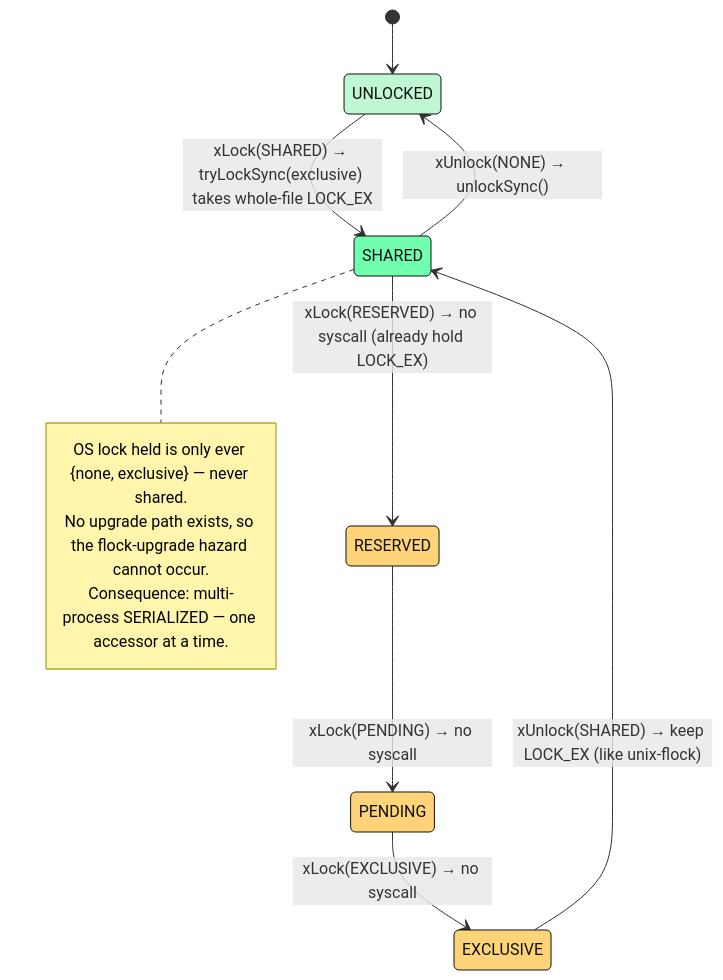
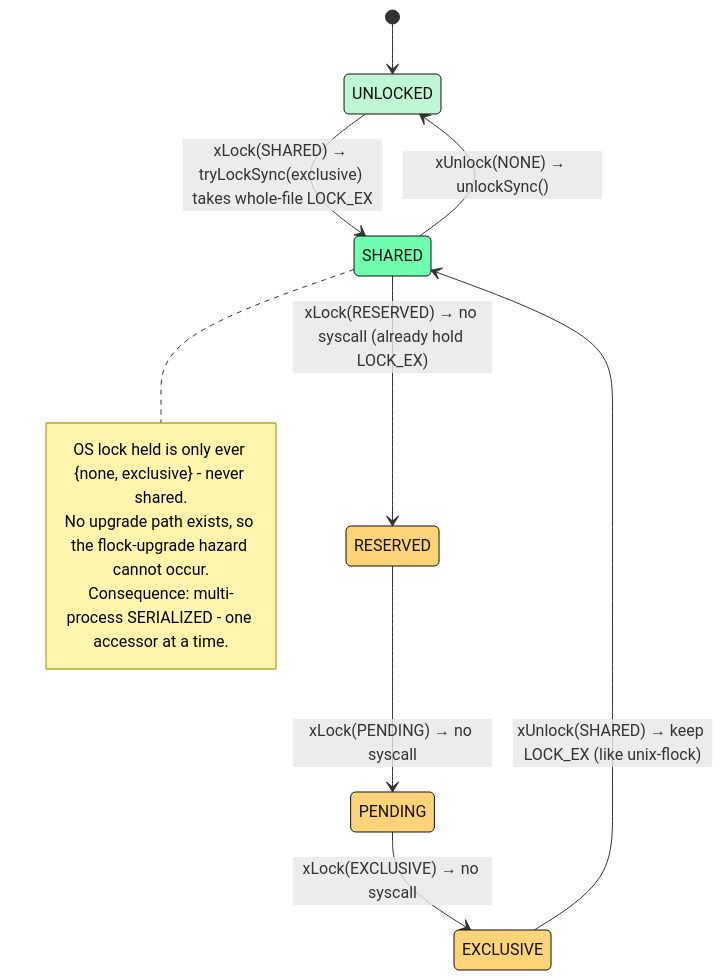
One commit to ul0gic/sqlite-deno changed the second of 3 diagrams in README.md. Above: the diagram before and after it, drawn with Mermaid. The commit also changed other lines of this file, not shown here.

Commit message:
Tidy README architecture diagram alignment

````diff
--- a/README.md
+++ b/README.md
@@ -199,22 +200,22 @@
 ```mermaid
 stateDiagram-v2
   [*] --> UNLOCKED
   UNLOCKED --> SHARED: xLock(SHARED) → tryLockSync(exclusive) takes whole-file LOCK_EX
   SHARED --> RESERVED: xLock(RESERVED) → no syscall (already hold LOCK_EX)
   RESERVED --> PENDING: xLock(PENDING) → no syscall
   PENDING --> EXCLUSIVE: xLock(EXCLUSIVE) → no syscall
   EXCLUSIVE --> SHARED: xUnlock(SHARED) → keep LOCK_EX (like unix-flock)
   SHARED --> UNLOCKED: xUnlock(NONE) → unlockSync()
   note right of SHARED
-    OS lock held is only ever {none, exclusive} — never shared.
+    OS lock held is only ever {none, exclusive} - never shared.
     No upgrade path exists, so the flock-upgrade hazard cannot occur.
-    Consequence: multi-process SERIALIZED — one accessor at a time.
+    Consequence: multi-process SERIALIZED - one accessor at a time.
   end note
 
   classDef unlocked fill:#bff7d4,stroke:#111,color:#111,stroke-width:1px;
   classDef shared fill:#70ffaf,stroke:#111,color:#111,stroke-width:1px;
   classDef exclusive fill:#ffd479,stroke:#111,color:#111,stroke-width:1px;
   class UNLOCKED unlocked
   class SHARED shared
   class RESERVED,PENDING,EXCLUSIVE exclusive
 ```
````
